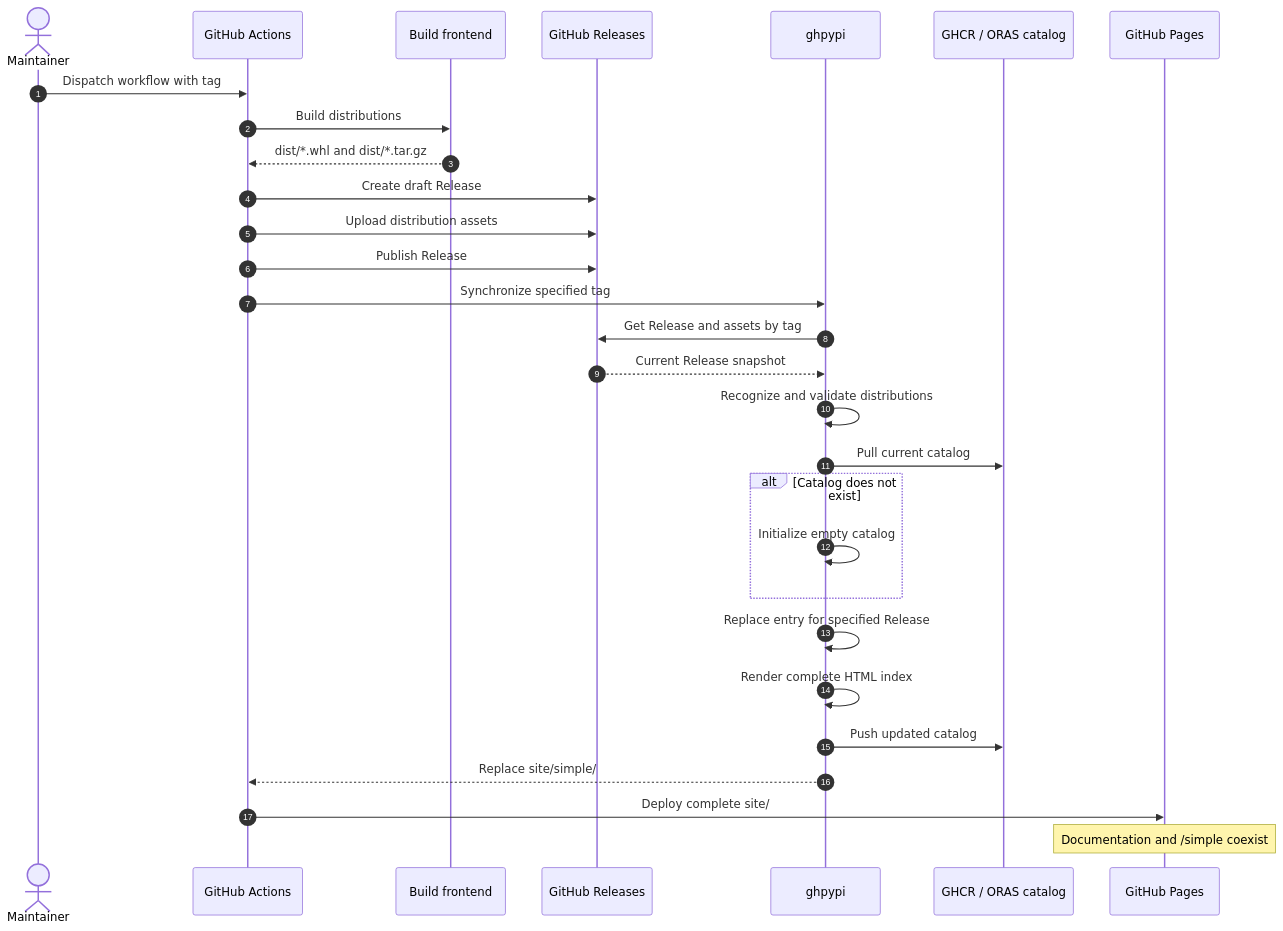
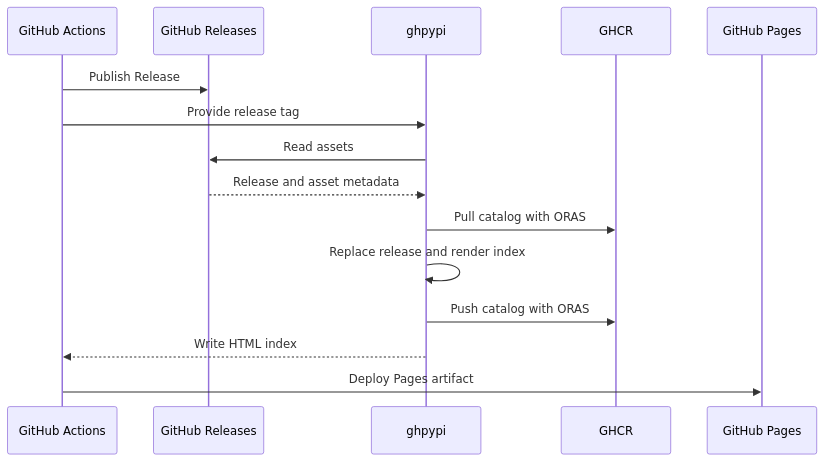
One commit to MtkN1/ghpypi changed the diagram in CONTRIBUTING.md. Above: the diagram before and after it, drawn with Mermaid. The commit also changed other lines of this file, not shown here.

Commit message:
docs: simplify architecture documentation

````diff
--- a/CONTRIBUTING.md
+++ b/CONTRIBUTING.md
@@ -113,37 +11,18 @@
 ```mermaid
 sequenceDiagram
-    autonumber
-
-    actor Maintainer
-    participant Actions as GitHub Actions
-    participant Builder as Build frontend
+    participant Workflow as GitHub Actions
     participant Releases as GitHub Releases
     participant Ghpypi as ghpypi
-    participant Catalog as GHCR / ORAS catalog
+    participant Catalog as GHCR
     participant Pages as GitHub Pages
 
-    Maintainer->>Actions: Dispatch workflow with tag
-    Actions->>Builder: Build distributions
-    Builder-->>Actions: dist/*.whl and dist/*.tar.gz
-
-    Actions->>Releases: Create draft Release
-    Actions->>Releases: Upload distribution assets
-    Actions->>Releases: Publish Release
-
-    Actions->>Ghpypi: Synchronize specified tag
-    Ghpypi->>Releases: Get Release and assets by tag
-    Releases-->>Ghpypi: Current Release snapshot
-
-    Ghpypi->>Ghpypi: Recognize and validate distributions
-    Ghpypi->>Catalog: Pull current catalog
-    alt Catalog does not exist
-        Ghpypi->>Ghpypi: Initialize empty catalog
-    end
-    Ghpypi->>Ghpypi: Replace entry for specified Release
-    Ghpypi->>Ghpypi: Render complete HTML index
-    Ghpypi->>Catalog: Push updated catalog
-    Ghpypi-->>Actions: Replace site/simple/
-
-    Actions->>Pages: Deploy complete site/
-    Note over Pages: Documentation and /simple coexist
+    Workflow->>Releases: Publish Release
+    Workflow->>Ghpypi: Provide release tag
+    Ghpypi->>Releases: Read assets
+    Releases-->>Ghpypi: Release and asset metadata
+    Ghpypi->>Catalog: Pull catalog with ORAS
+    Ghpypi->>Ghpypi: Replace release and render index
+    Ghpypi->>Catalog: Push catalog with ORAS
+    Ghpypi-->>Workflow: Write HTML index
+    Workflow->>Pages: Deploy Pages artifact
 ```
````
